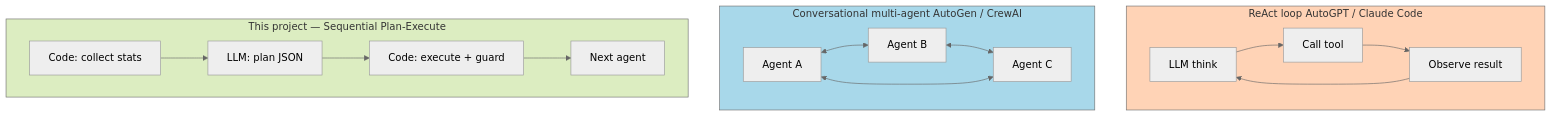
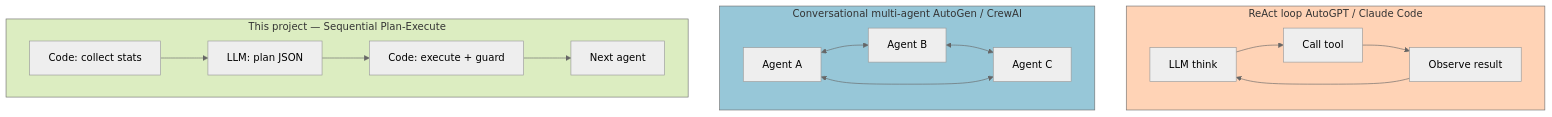
Before and after one commit to baongoc83/Multi-Agent-Auto-ML_NB: the first of 2 diagrams in docs/awareness-pattern.md, drawn with Mermaid (neutral theme). The commit also changed other lines of this file and 9 other files, not shown here.

````diff
--- a/docs/awareness-pattern.md
+++ b/docs/awareness-pattern.md
@@ -152,24 +152,24 @@
 ```mermaid
 flowchart TB
     subgraph React[ReAct loop AutoGPT / Claude Code]
         R1[LLM think] --> R2[Call tool]
         R2 --> R3[Observe result]
         R3 --> R1
     end
 
     subgraph Conv[Conversational multi-agent AutoGen / CrewAI]
         C1[Agent A] <--> C2[Agent B]
         C2 <--> C3[Agent C]
         C1 <--> C3
     end
 
     subgraph This[This project — Sequential Plan-Execute]
         T0[Code: collect stats] --> T1[LLM: plan JSON]
         T1 --> T2[Code: execute + guard]
         T2 --> T3[Next agent]
     end
 
     style This fill:#dcedc1
     style React fill:#ffd3b6
-    style Conv fill:#a8d8ea
+    style Conv fill:#97C7D8
 ```
````
